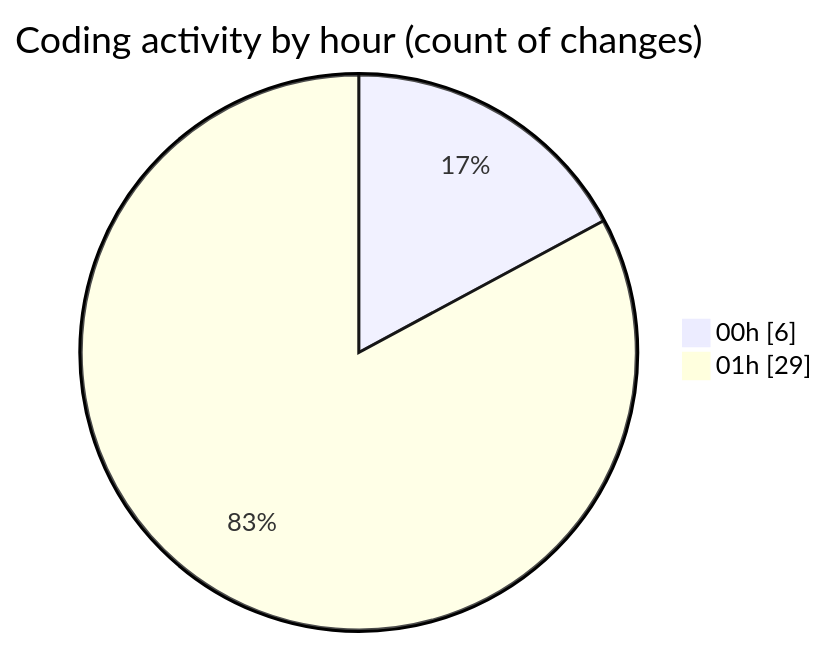
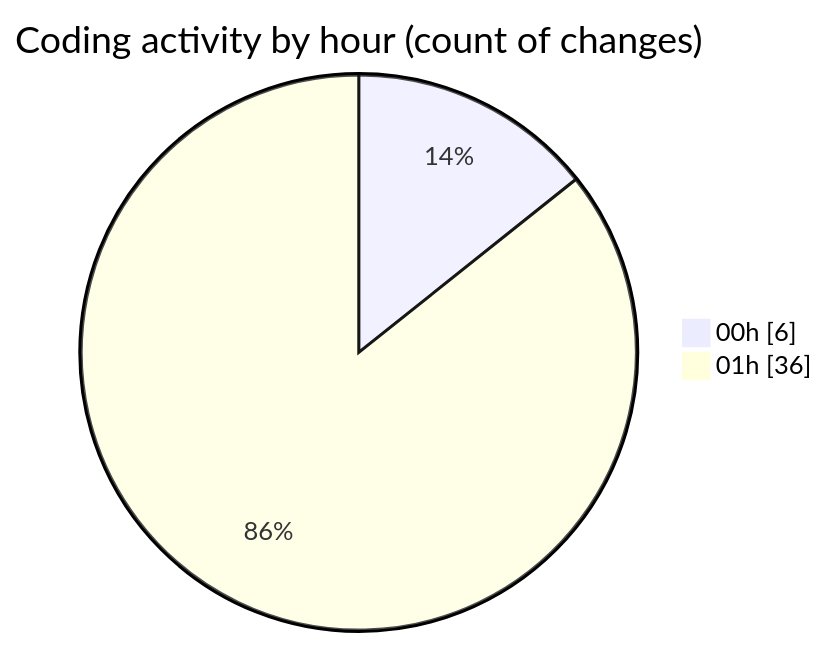
Before and after one commit to JenPaints/code-tracking: the second of 2 diagrams in 2025-06-22/archive/README.md, drawn with Mermaid. The commit also changed other lines of this file and 1 other file, not shown here.

````diff
--- a/2025-06-22/archive/README.md
+++ b/2025-06-22/archive/README.md
@@ -34,6 +34,6 @@
 ```mermaid
 pie showData
 title Coding activity by hour (count of changes)
 "00h" : 6
-"01h" : 29
+"01h" : 36
 ```
````
